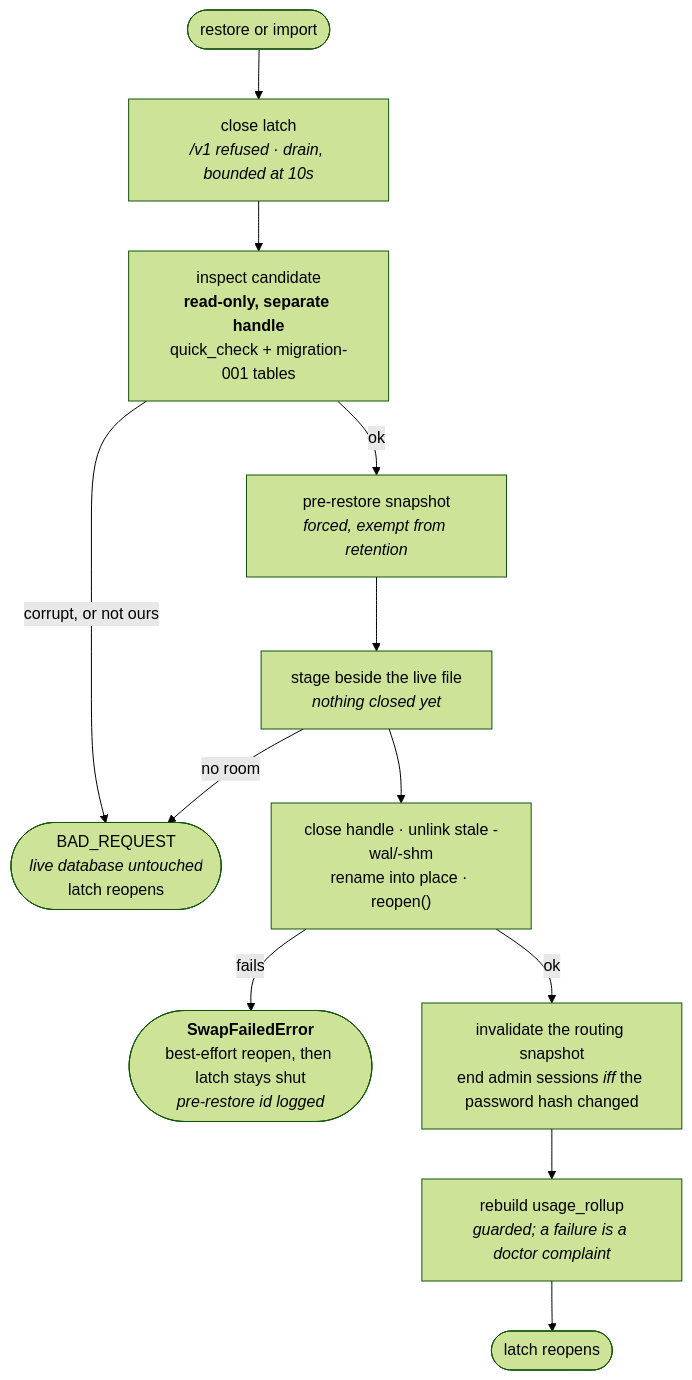
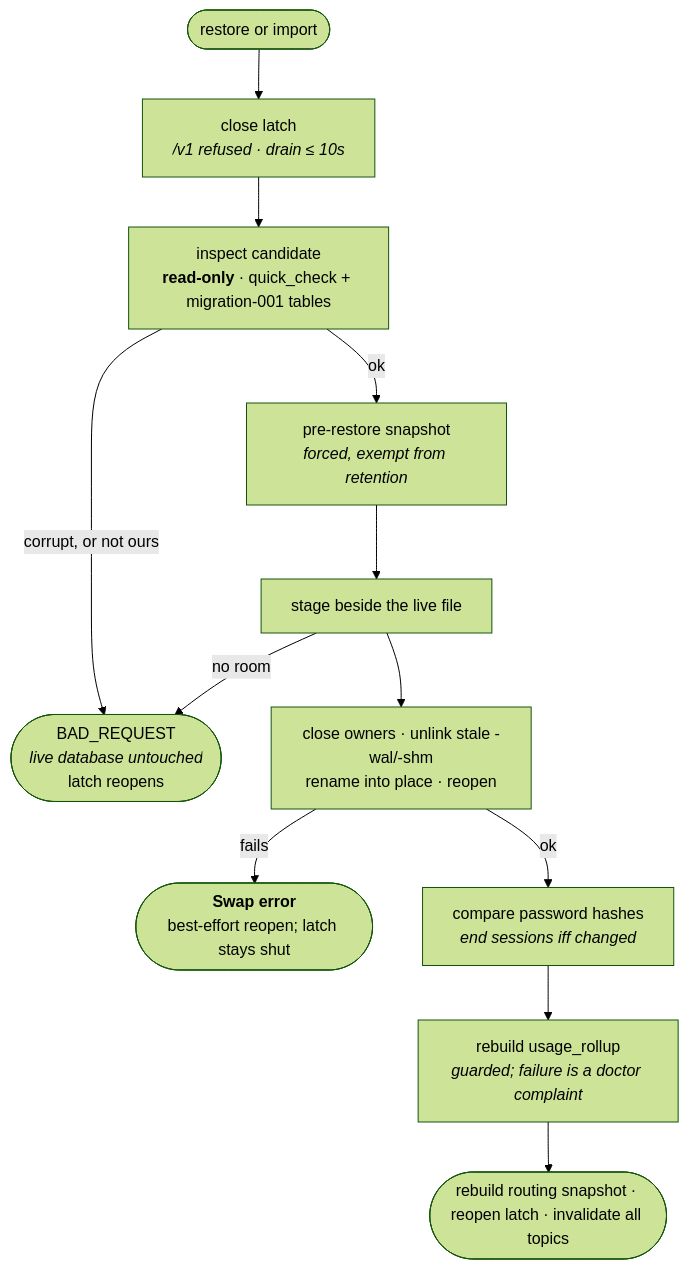
One commit to harismawan/omnigateway changed the eighth of 12 diagrams in ARCHITECTURE.md. Above: the diagram before and after it, drawn with Mermaid (forest theme). The commit also changed other lines of this file, not shown here.

First line of the commit message:
docs: rewrite ARCHITECTURE.md against the Rust crates

````diff
--- a/ARCHITECTURE.md
+++ b/ARCHITECTURE.md
@@ -499,14 +504,14 @@
 ```mermaid
 flowchart TD
-  req(["restore or import"]) --> latch["close latch<br/><i>/v1 refused · drain, bounded at 10s</i>"]
-  latch --> insp["inspect candidate<br/><b>read-only, separate handle</b><br/>quick_check + migration-001 tables"]
+  req(["restore or import"]) --> latch["close latch<br/><i>/v1 refused · drain ≤ 10s</i>"]
+  latch --> insp["inspect candidate<br/><b>read-only</b> · quick_check + migration-001 tables"]
   insp -- "corrupt, or not ours" --> abort(["BAD_REQUEST<br/><i>live database untouched</i><br/>latch reopens"])
   insp -- ok --> undo["pre-restore snapshot<br/><i>forced, exempt from retention</i>"]
-  undo --> stage["stage beside the live file<br/><i>nothing closed yet</i>"]
+  undo --> stage["stage beside the live file"]
   stage -- "no room" --> abort
-  stage --> swap["close handle · unlink stale -wal/-shm<br/>rename into place · reopen()"]
-  swap -- fails --> wedged(["<b>SwapFailedError</b><br/>best-effort reopen, then latch stays shut<br/><i>pre-restore id logged</i>"])
-  swap -- ok --> inval["invalidate the routing snapshot<br/>end admin sessions <i>iff</i> the password hash changed"]
-  inval --> roll["rebuild usage_rollup<br/><i>guarded; a failure is a doctor complaint</i>"]
-  roll --> open(["latch reopens"])
+  stage --> swap["close owners · unlink stale -wal/-shm<br/>rename into place · reopen"]
+  swap -- fails --> wedged(["<b>Swap error</b><br/>best-effort reopen; latch stays shut"])
+  swap -- ok --> cmp["compare password hashes<br/><i>end sessions iff changed</i>"]
+  cmp --> roll["rebuild usage_rollup<br/><i>guarded; failure is a doctor complaint</i>"]
+  roll --> open(["rebuild routing snapshot · reopen latch · invalidate all topics"])
 ```
````
